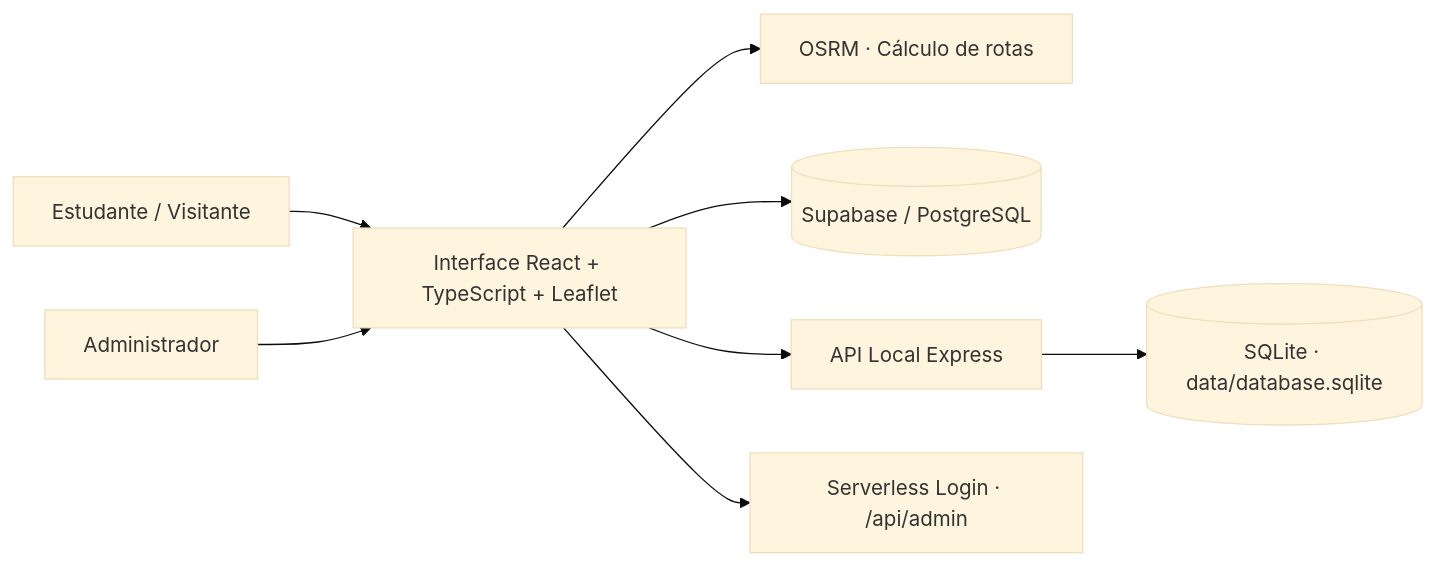
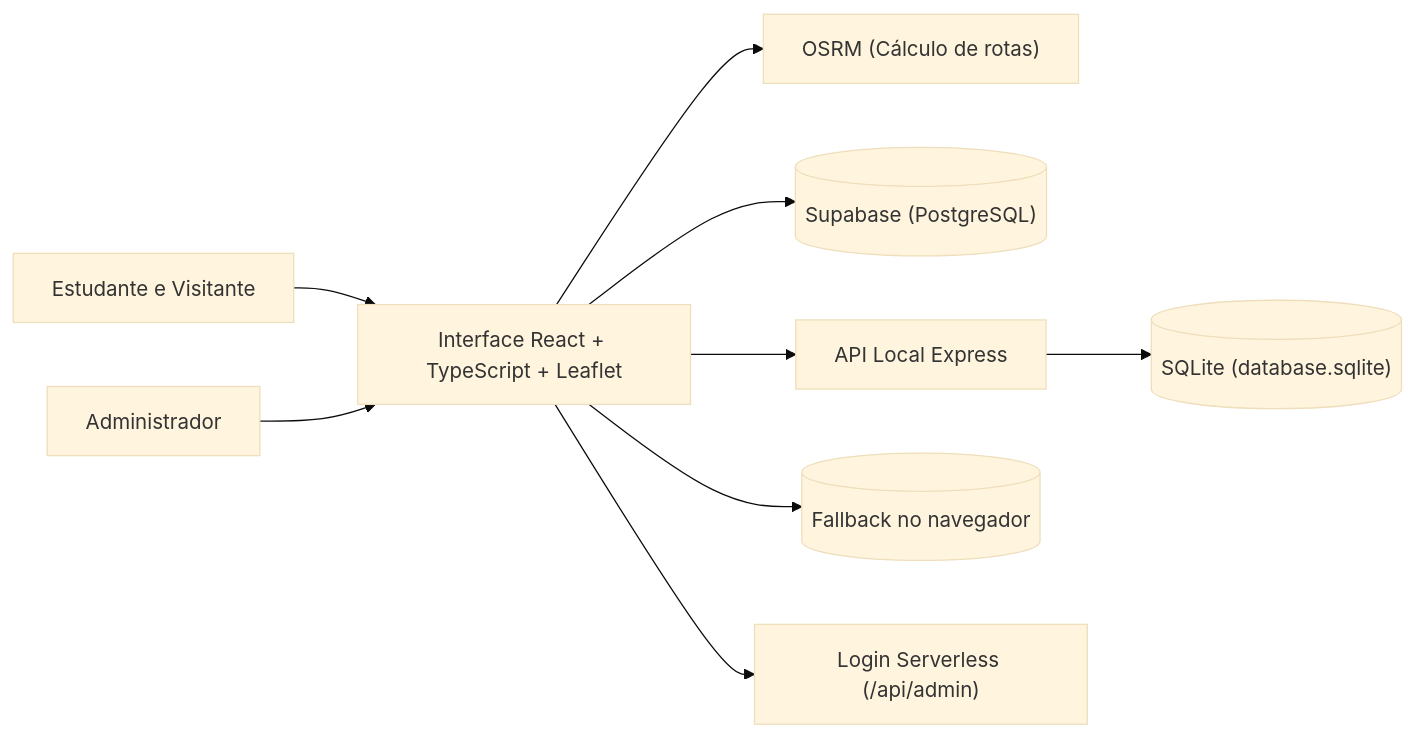
The diagram in README.md (Felipecoder07/mapa-calouro), drawn with Mermaid (base theme) before and after one commit.

Commit message:
Revise architecture diagram for better readability
Updated architecture diagram in README to improve clarity and consistency.

````diff
--- a/README.md
+++ b/README.md
@@ -65,10 +65,11 @@
 ```mermaid
 flowchart LR
-    Estudante[Estudante / Visitante] --> Web[Interface React + TypeScript + Leaflet]
-    Admin[Administrador] --> Web
-    Web --> OSRM[OSRM · Cálculo de rotas]
-    Web --> Supabase[(Supabase / PostgreSQL)]
-    Web --> API[API Local Express]
-    API --> SQLite[(SQLite · data/database.sqlite)]
-    Web --> Auth[Serverless Login · /api/admin]
+    Estudante["Estudante e Visitante"] --> Web["Interface React + TypeScript + Leaflet"]
+    Admin["Administrador"] --> Web
+    Web --> OSRM["OSRM (Cálculo de rotas)"]
+    Web --> Supabase[("Supabase (PostgreSQL)")]
+    Web --> API["API Local Express"]
+    API --> SQLite[("SQLite (database.sqlite)")]
+    Web --> LocalStorage[("Fallback no navegador")]
+    Web --> Auth["Login Serverless (/api/admin)"]
 ```
````
